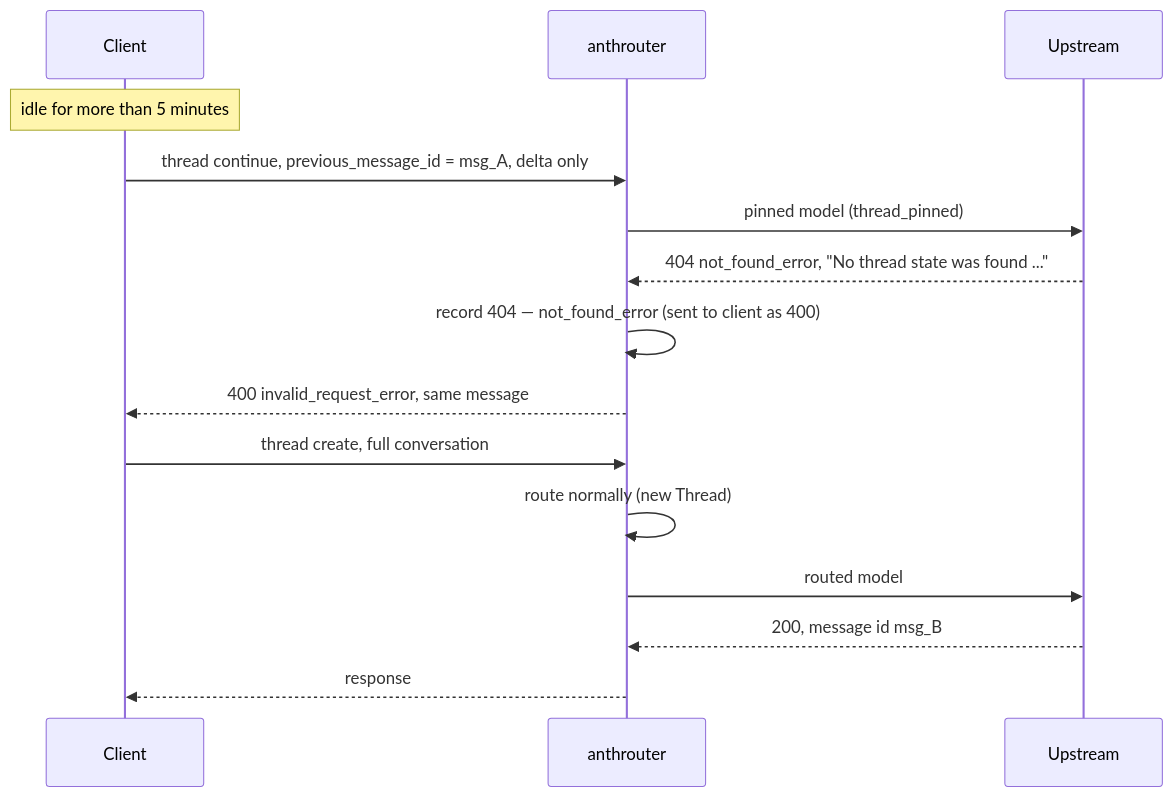
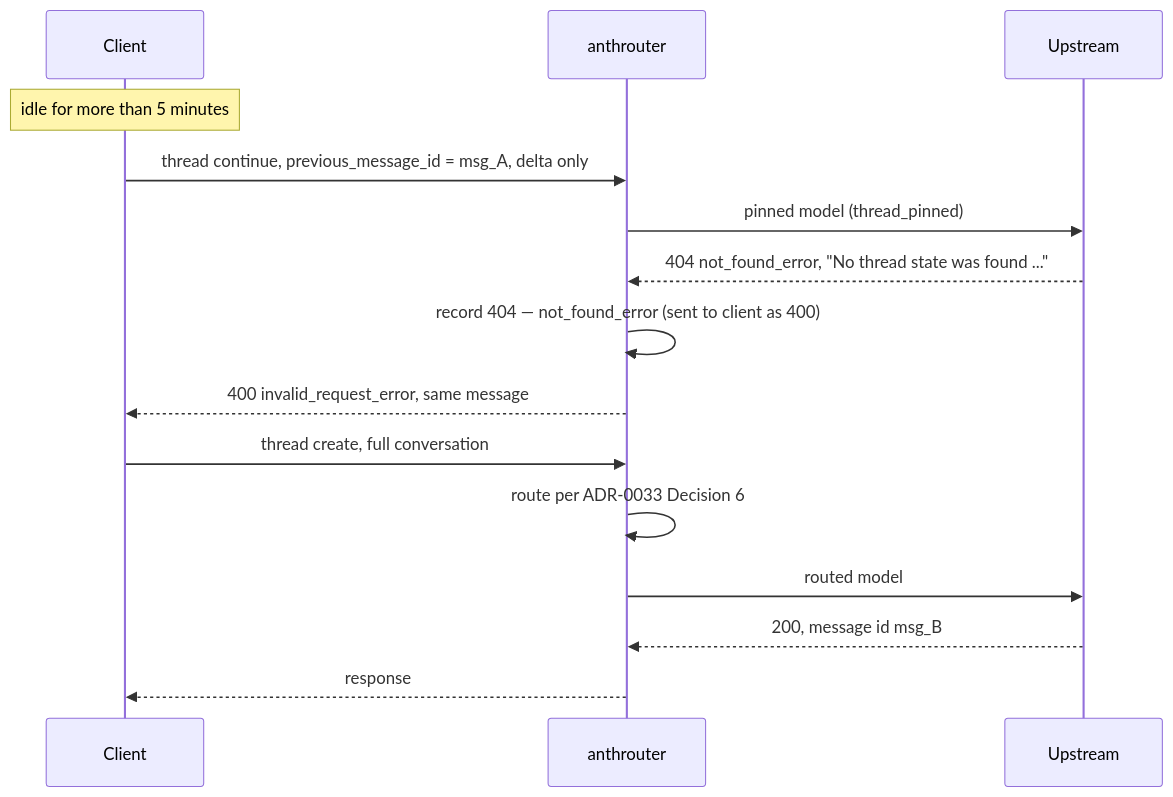
Before and after one commit to nj4x/anthrouter: the diagram in docs/adr/0031-rewrite-expired-thread-404-to-400.md, drawn with Mermaid. The commit also changed other lines of this file and 4 other files, not shown here.

First line of the commit message:
Add ADR-0032 and ADR-0033: Thread streaming hold and re-classification (#62)

````diff
--- a/docs/adr/0031-rewrite-expired-thread-404-to-400.md
+++ b/docs/adr/0031-rewrite-expired-thread-404-to-400.md
@@ -55,17 +73,17 @@
 ```mermaid
 sequenceDiagram
     participant Client
     participant anthrouter
     participant Upstream
     Note over Client: idle for more than 5 minutes
     Client->>anthrouter: thread continue, previous_message_id = msg_A, delta only
     anthrouter->>Upstream: pinned model (thread_pinned)
     Upstream-->>anthrouter: 404 not_found_error, "No thread state was found ..."
     anthrouter->>anthrouter: record 404 — not_found_error (sent to client as 400)
     anthrouter-->>Client: 400 invalid_request_error, same message
     Client->>anthrouter: thread create, full conversation
-    anthrouter->>anthrouter: route normally (new Thread)
+    anthrouter->>anthrouter: route per ADR-0033 Decision 6
     anthrouter->>Upstream: routed model
     Upstream-->>anthrouter: 200, message id msg_B
     anthrouter-->>Client: response
 ```
````
